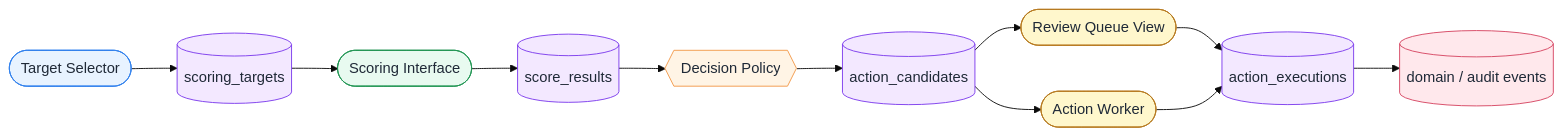
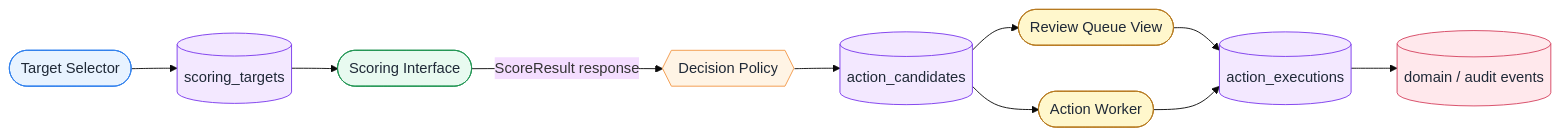
One commit to tasuku43/abuse-detection-learning changed the first of 17 diagrams in docs/design/production_scoring_architecture_mermaid_ja.md. Above: the diagram before and after it, drawn with Mermaid (base theme). The commit also changed other lines of this file and 3 other files, not shown here.

Commit message:
docs: refine scoring architecture notes

````diff
--- a/docs/design/production_scoring_architecture_mermaid_ja.md
+++ b/docs/design/production_scoring_architecture_mermaid_ja.md
@@ -11,20 +11,19 @@
 ```mermaid
 flowchart LR
   classDef select fill:#E8F3FF,stroke:#2F80ED,color:#1F2937
   classDef service fill:#E8FAF0,stroke:#219653,color:#1F2937
   classDef table fill:#F3E8FF,stroke:#7C3AED,color:#1F2937
   classDef decision fill:#FFF4E5,stroke:#F2994A,color:#1F2937
   classDef review fill:#FFF7CC,stroke:#B7791F,color:#1F2937
   classDef audit fill:#FFE8EC,stroke:#D64562,color:#1F2937
 
   TS([Target Selector]):::select --> ST[(scoring_targets)]:::table
   ST --> API([Scoring Interface]):::service
-  API --> SR[(score_results)]:::table
-  SR --> DP{{Decision Policy}}:::decision
+  API -->|ScoreResult response| DP{{Decision Policy}}:::decision
   DP --> AC[(action_candidates)]:::table
   AC --> RQ([Review Queue View]):::review
   AC --> AW([Action Worker]):::review
   RQ --> AE[(action_executions)]:::table
   AW --> AE
   AE --> BE[(domain / audit events)]:::audit
 ```
````
